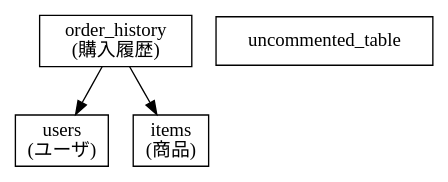
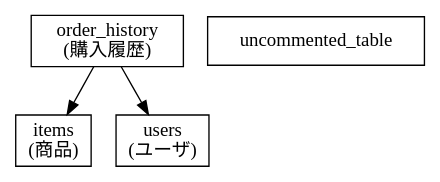
The diagram in schema2rst/source/graph.rst (blockdiag/blockdiag.com), drawn with Graphviz before and after one commit. The commit also changed other lines of this file and 15 other files, not shown here.

```diff
--- a/schema2rst/source/graph.rst
+++ b/schema2rst/source/graph.rst
@@ -5,11 +5,11 @@
 .. graphviz::
 
    digraph {
       node [shape = box];
+      items [label="items\n(商品)"];
       order_history [label="order_history\n(購入履歴)"];
       order_history -> users;
       order_history -> items;
-      items [label="items\n(商品)"];
+      uncommented_table;
       users [label="users\n(ユーザ)"];
-      uncommented_table;
    }
```
